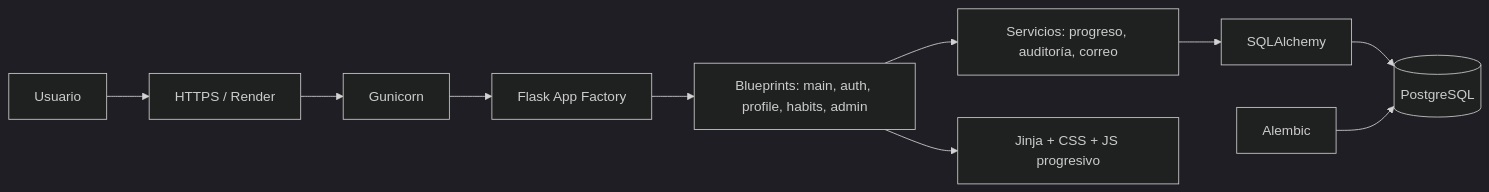
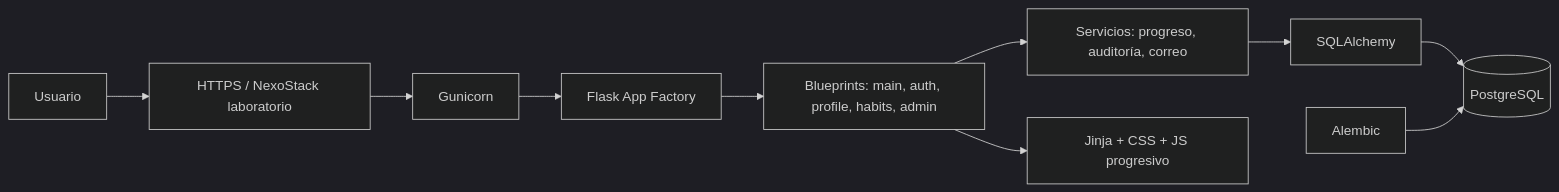
Before and after one commit to juandigira17111980/vitalilab-profesional: the diagram in docs/01_DOCUMENTO_MAESTRO_TECNICO.md, drawn with Mermaid (dark theme). The commit also changed other lines of this file and 24 other files, not shown here.

Commit message:
docs(infra): valida NexoStack y adapta aprendizaje al VPS

````diff
--- a/docs/01_DOCUMENTO_MAESTRO_TECNICO.md
+++ b/docs/01_DOCUMENTO_MAESTRO_TECNICO.md
@@ -38,12 +38,12 @@
 ```mermaid
 flowchart LR
-    U[Usuario] --> HTTPS[HTTPS / Render]
+    U[Usuario] --> HTTPS[HTTPS / NexoStack laboratorio]
     HTTPS --> W[Gunicorn]
     W --> F[Flask App Factory]
     F --> M[Blueprints: main, auth, profile, habits, admin]
     M --> S[Servicios: progreso, auditoría, correo]
     S --> ORM[SQLAlchemy]
     ORM --> P[(PostgreSQL)]
     M --> J[Jinja + CSS + JS progresivo]
     A[Alembic] --> P
 ```
````
